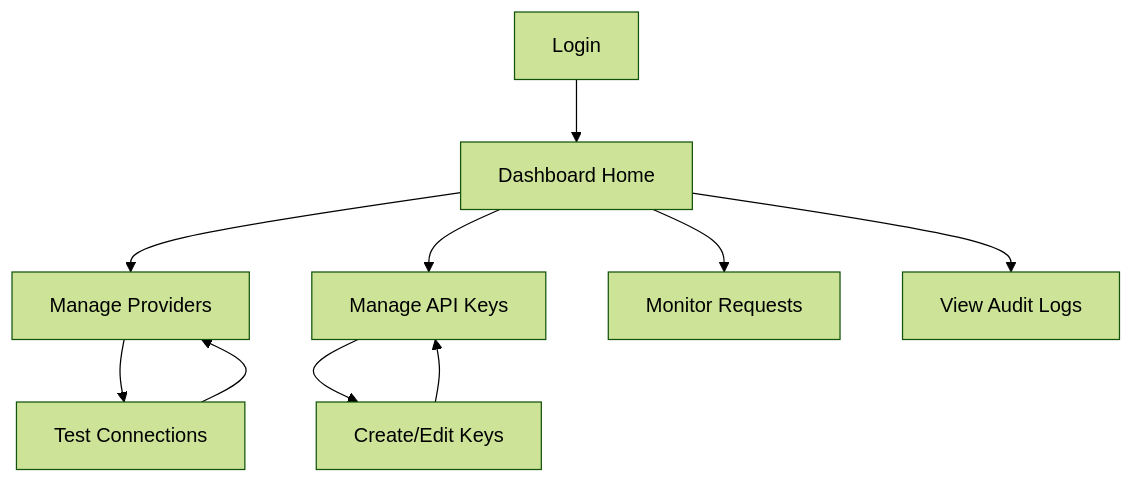
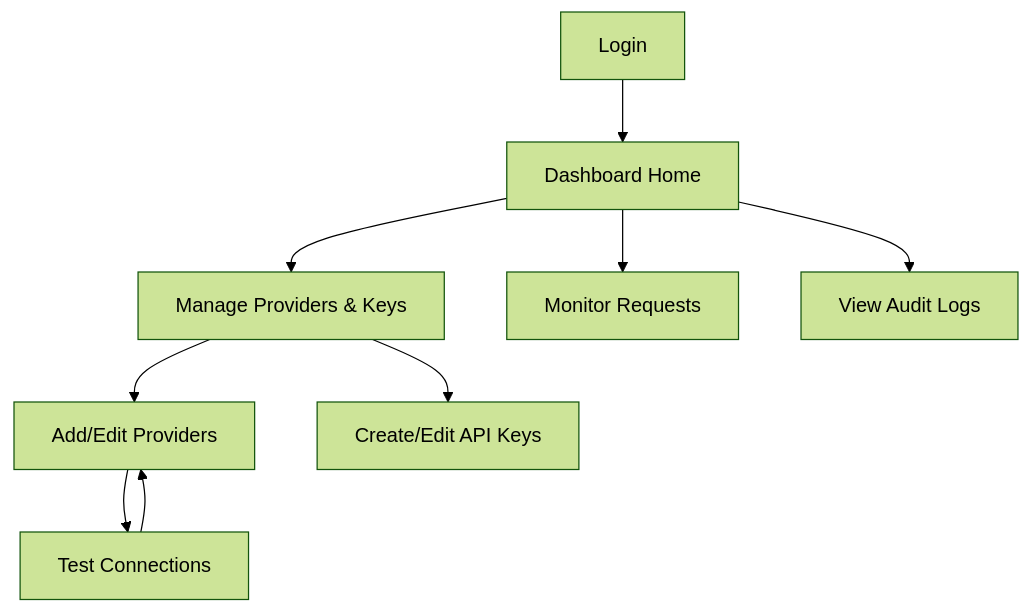
Before and after one commit to 366522695qqcom/silver-telegram: the diagram in .trae/documents/prd.md, drawn with Mermaid (forest theme). The commit also changed other lines of this file and 1 other file, not shown here.

Commit message:
feat: AI API 聚合调用方案

````diff
--- a/.trae/documents/prd.md
+++ b/.trae/documents/prd.md
@@ -43,12 +43,11 @@
 ```mermaid
 flowchart TD
     A[Login] --> B[Dashboard Home]
-    B --> C[Manage Providers]
-    B --> D[Manage API Keys]
-    B --> E[Monitor Requests]
-    B --> F[View Audit Logs]
-    C --> G[Test Connections]
-    G --> C
-    D --> H[Create/Edit Keys]
-    H --> D
+    B --> C[Manage Providers & Keys]
+    B --> D[Monitor Requests]
+    B --> E[View Audit Logs]
+    C --> F[Add/Edit Providers]
+    C --> G[Create/Edit API Keys]
+    F --> H[Test Connections]
+    H --> F
 ```
````
